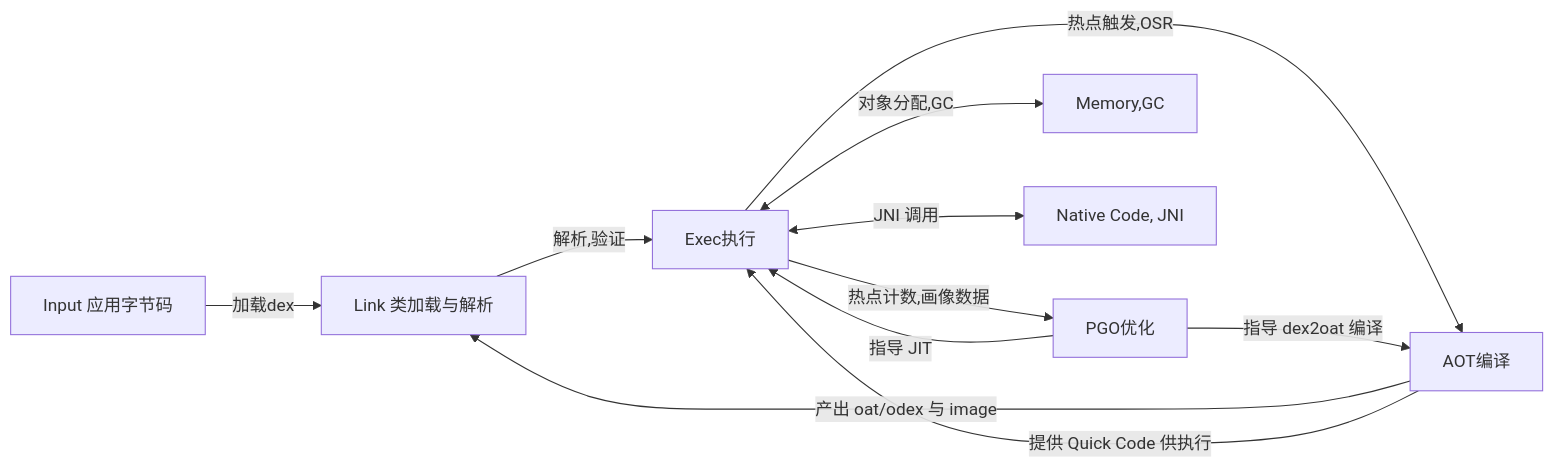
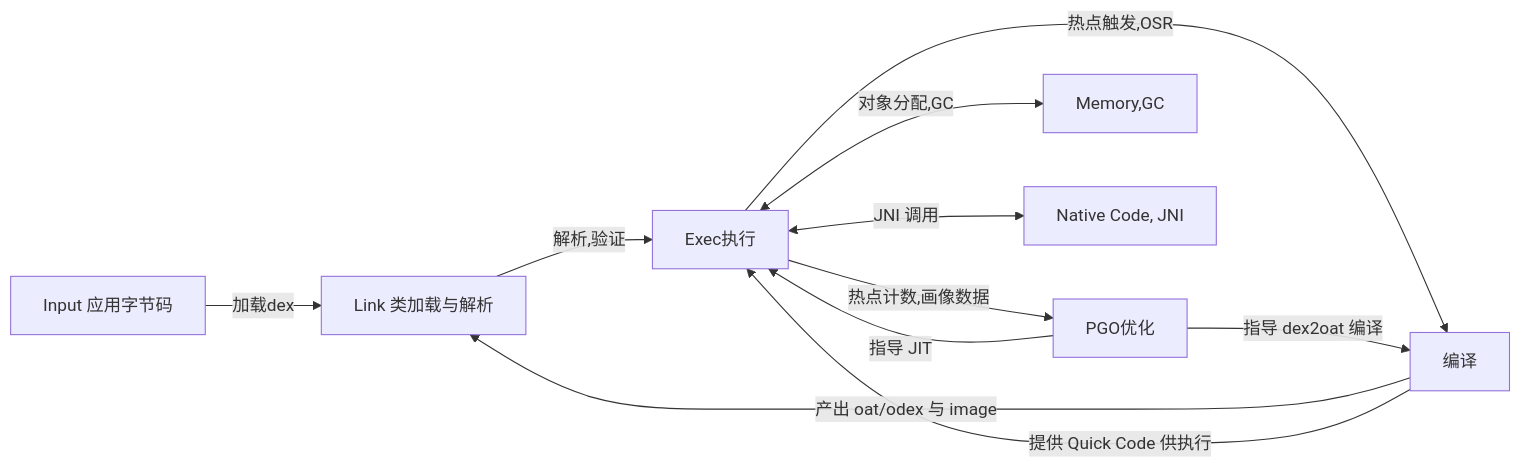
One commit to comsoftWHU/comsoftwhu.github.io changed the first of 7 diagrams in aosp/AndroidRuntime/index.md. Above: the diagram before and after it, drawn with Mermaid.

Commit message:
AOSP art index mod

````diff
--- a/aosp/AndroidRuntime/index.md
+++ b/aosp/AndroidRuntime/index.md
@@ -15,25 +15,25 @@
 ```mermaid
 flowchart LR
   INP["Input 应用字节码"]
   LNK["Link 类加载与解析"]
   EXE["Exec执行"]
   PGO["PGO优化"]
-  AOT["AOT编译"]
+  AOT["编译"]
   MEM["Memory,GC"]
   NAT["Native Code, JNI"]
 
   INP -->|"加载dex"| LNK
   LNK -->|"解析,验证"| EXE
 
   EXE <-->|"对象分配,GC"| MEM
   EXE -->|"热点触发,OSR"| AOT
   EXE -->|"热点计数,画像数据"| PGO
 
   PGO -->|"指导 JIT"| EXE
   PGO -->|"指导 dex2oat 编译"| AOT
 
   AOT -->|"产出 oat/odex 与 image"| LNK
   AOT -->|"提供 Quick Code 供执行"| EXE
 
   EXE <-->|"JNI 调用"| NAT
 ```
````
